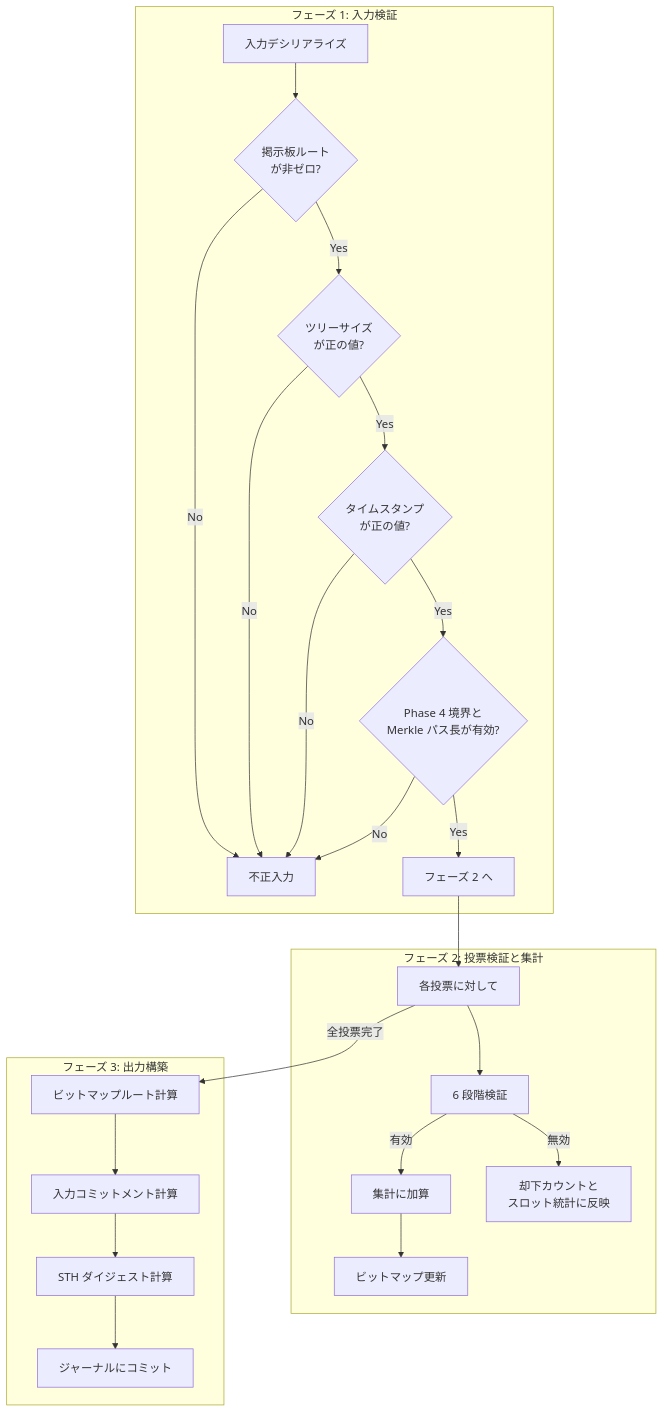
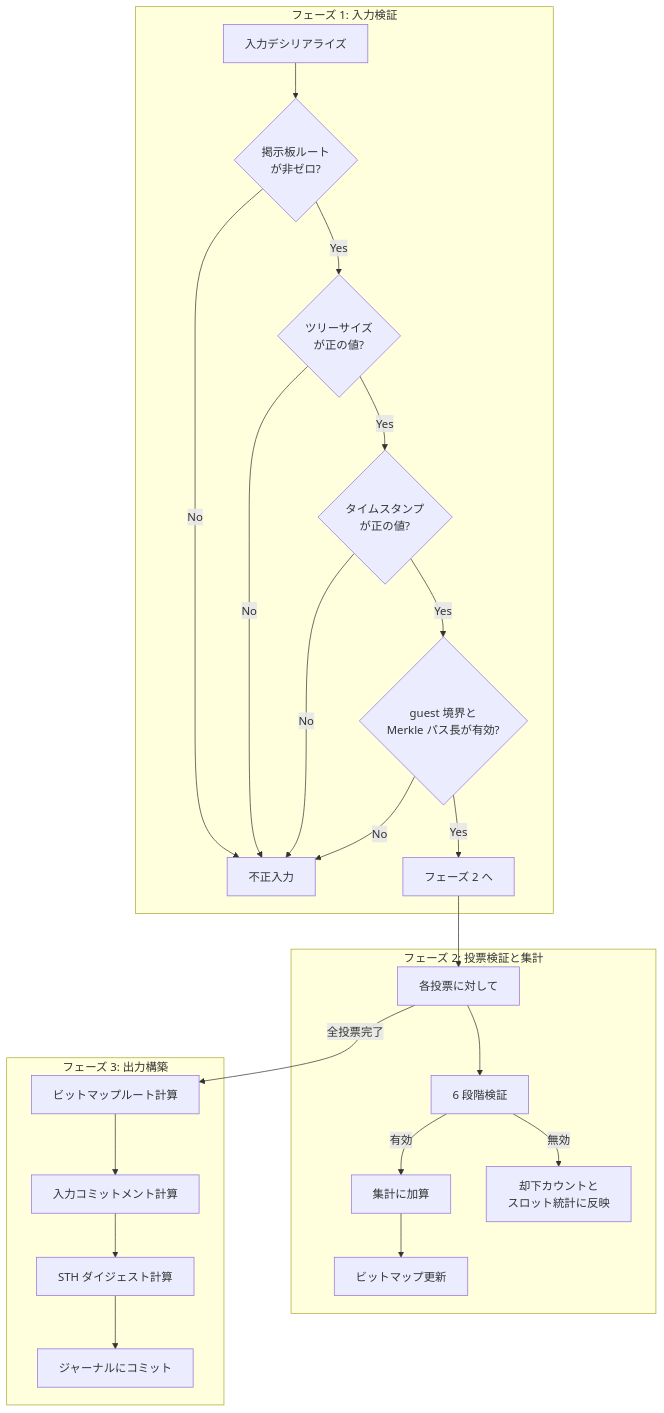
One commit to hwatanabe-jp/stark-ballot-simulator-public changed the first of 2 diagrams in public-book/src/zkvm/guest-program.md. Above: the diagram before and after it, drawn with Mermaid. The commit also changed 1001 other files, not shown here.

````diff
--- a/public-book/src/zkvm/guest-program.md
+++ b/public-book/src/zkvm/guest-program.md
@@ -52,29 +52,29 @@
 ```mermaid
 flowchart TD
   subgraph "フェーズ 1: 入力検証"
     I1[入力デシリアライズ] --> I2{掲示板ルート<br/>が非ゼロ?}
     I2 -->|Yes| I3{ツリーサイズ<br/>が正の値?}
     I2 -->|No| FAIL[不正入力]
     I3 -->|Yes| I4{タイムスタンプ<br/>が正の値?}
     I3 -->|No| FAIL
-    I4 -->|Yes| I5{Phase 4 境界と<br/>Merkle パス長が有効?}
+    I4 -->|Yes| I5{guest 境界と<br/>Merkle パス長が有効?}
     I4 -->|No| FAIL
     I5 -->|Yes| NEXT[フェーズ 2 へ]
     I5 -->|No| FAIL
   end
 
   subgraph "フェーズ 2: 投票検証と集計"
     NEXT --> LOOP[各投票に対して]
     LOOP --> V1[6 段階検証]
     V1 -->|有効| TALLY[集計に加算]
     V1 -->|無効| EXCL[却下カウントと<br/>スロット統計に反映]
     TALLY --> BIT[ビットマップ更新]
   end
 
   subgraph "フェーズ 3: 出力構築"
     LOOP -->|全投票完了| O1[ビットマップルート計算]
     O1 --> O2[入力コミットメント計算]
     O2 --> O3[STH ダイジェスト計算]
     O3 --> O4[ジャーナルにコミット]
   end
 ```
````
